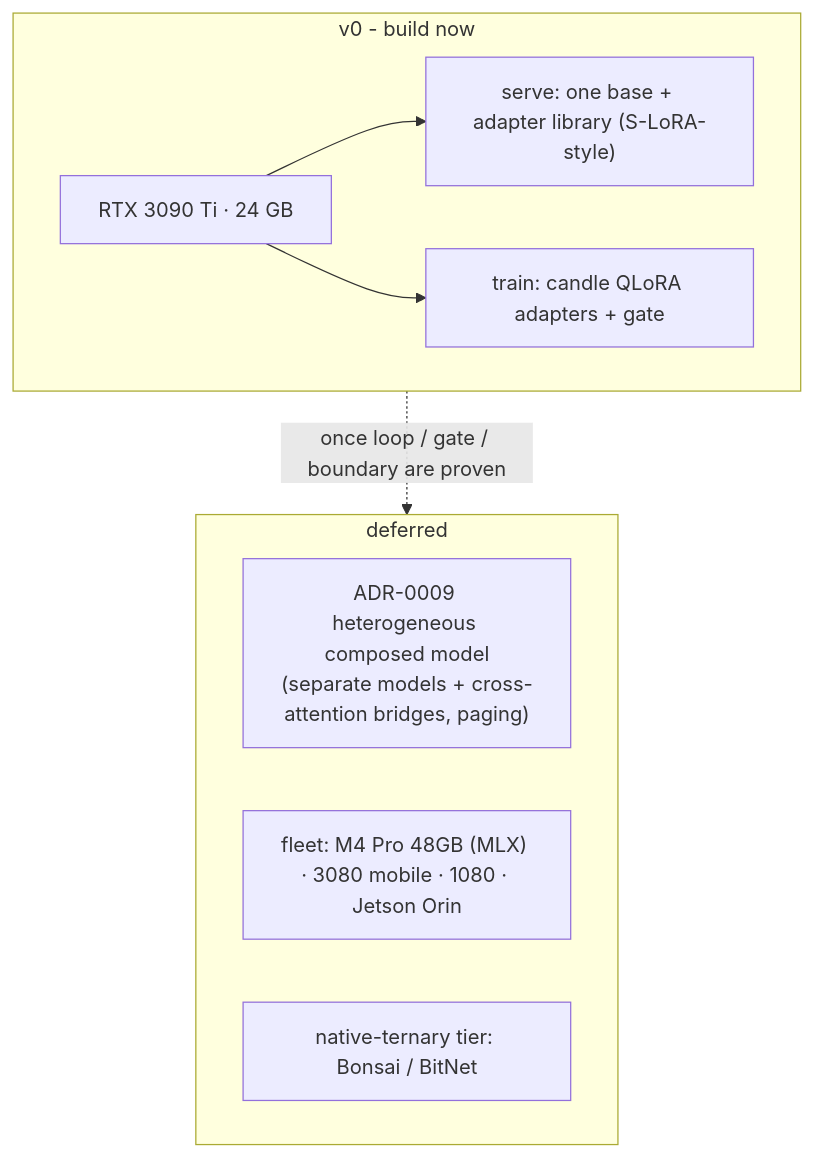
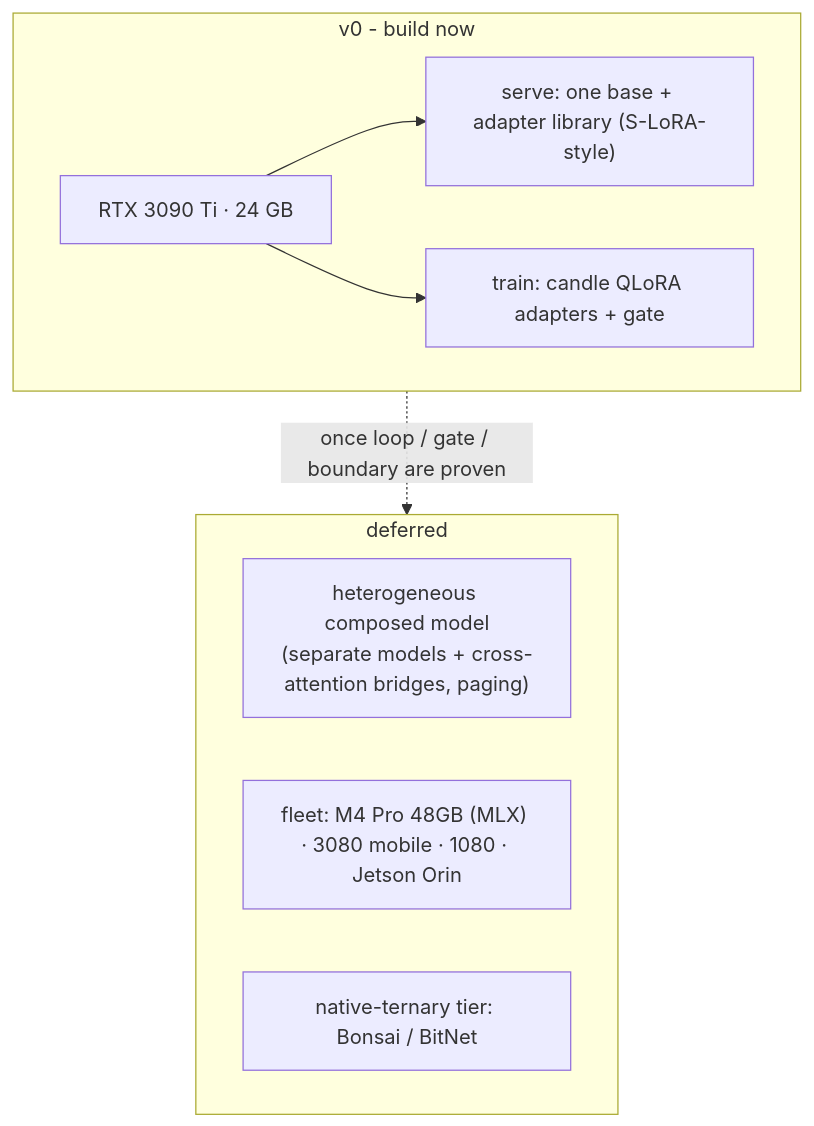
One commit to albedosehen/antumbra changed diagram 12 of 15 in docs/diagrams.md. Above: the diagram before and after it, drawn with Mermaid. The commit also changed other lines of this file and 93 other files, not shown here.

````diff
--- a/docs/diagrams.md
+++ b/docs/diagrams.md
@@ -261,15 +260,15 @@
 ```mermaid
 flowchart TB
     subgraph V0["v0 - build now"]
         G["RTX 3090 Ti · 24 GB"]
         G --> S1["serve: one base + adapter library (S-LoRA-style)"]
         G --> T1["train: candle QLoRA adapters + gate"]
     end
     subgraph FUTURE["deferred"]
         direction LR
-        N9["ADR-0009 heterogeneous composed model<br/>(separate models + cross-attention bridges, paging)"]
+        N9["heterogeneous composed model<br/>(separate models + cross-attention bridges, paging)"]
         FLEET["fleet: M4 Pro 48GB (MLX) · 3080 mobile · 1080 · Jetson Orin"]
         TERN["native-ternary tier: Bonsai / BitNet"]
     end
     V0 -. "once loop / gate / boundary are proven" .-> FUTURE
 ```
````
